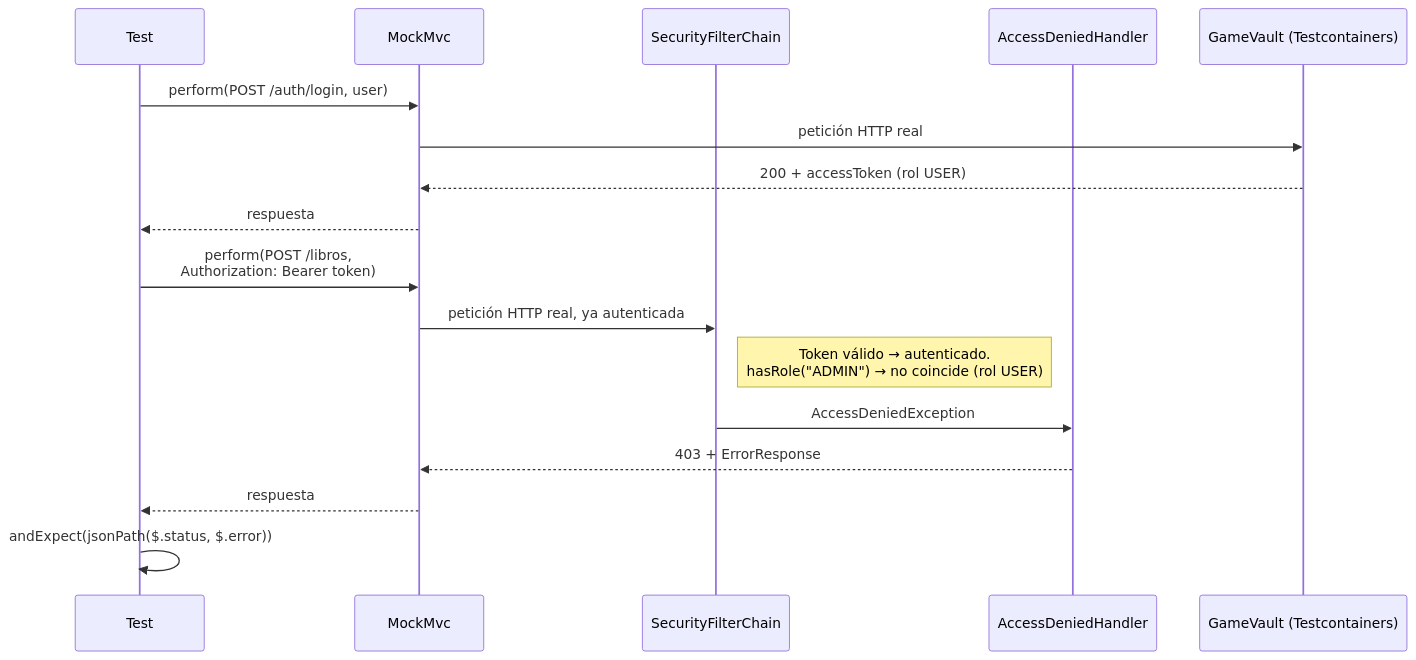
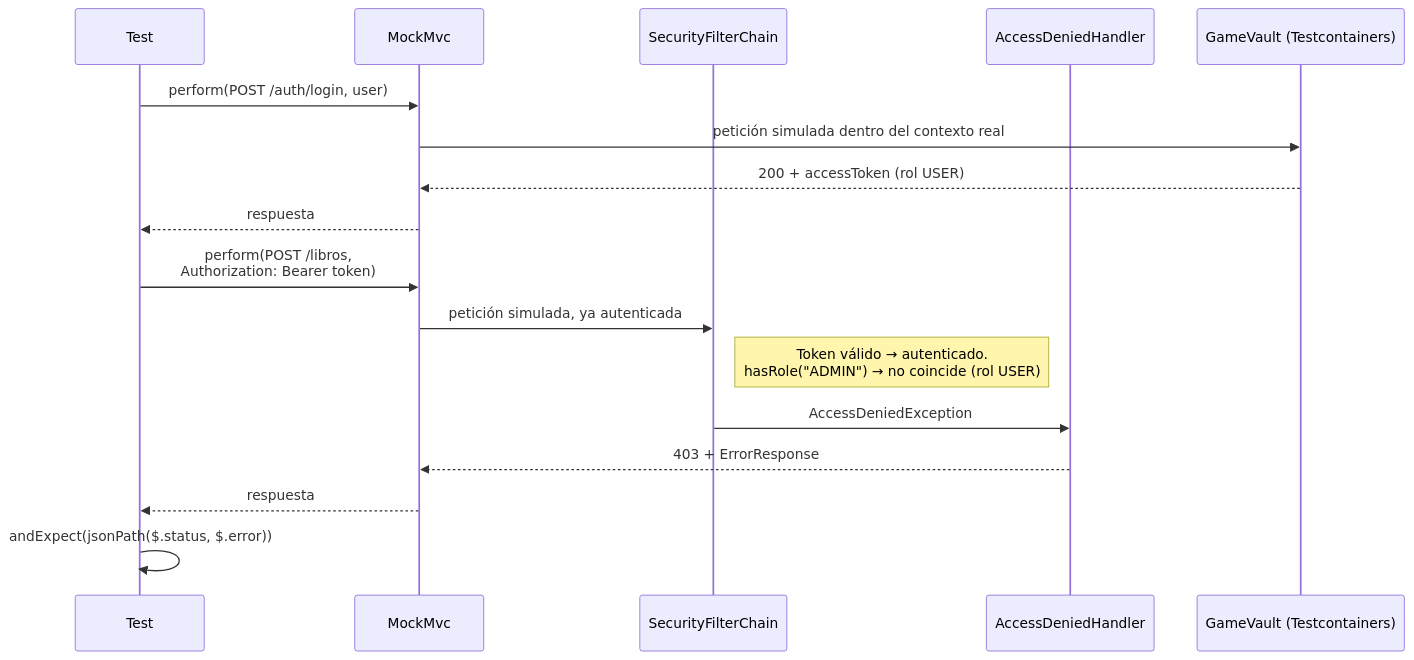
Before and after one commit to aitorventura/acceso-a-datos: the second of 2 diagrams in docs/tema2/bd-orientadas-a-objetos.md, drawn with Mermaid. The commit also changed other lines of this file and 5 other files, not shown here.

````diff
--- a/docs/tema2/bd-orientadas-a-objetos.md
+++ b/docs/tema2/bd-orientadas-a-objetos.md
@@ -225,21 +239,21 @@
 ```mermaid
 sequenceDiagram
     participant Test
     participant MockMvc
     participant SecurityFilterChain
     participant AccessDeniedHandler
     participant App as GameVault (Testcontainers)
 
     Test->>MockMvc: perform(POST /auth/login, user)
-    MockMvc->>App: petición HTTP real
+    MockMvc->>App: petición simulada dentro del contexto real
     App-->>MockMvc: 200 + accessToken (rol USER)
     MockMvc-->>Test: respuesta
 
     Test->>MockMvc: perform(POST /libros,<br/>Authorization: Bearer token)
-    MockMvc->>SecurityFilterChain: petición HTTP real, ya autenticada
+    MockMvc->>SecurityFilterChain: petición simulada, ya autenticada
     Note right of SecurityFilterChain: Token válido → autenticado.<br/>hasRole("ADMIN") → no coincide (rol USER)
     SecurityFilterChain->>AccessDeniedHandler: AccessDeniedException
     AccessDeniedHandler-->>MockMvc: 403 + ErrorResponse
     MockMvc-->>Test: respuesta
     Test->>Test: andExpect(jsonPath($.status, $.error))
 ```
````
